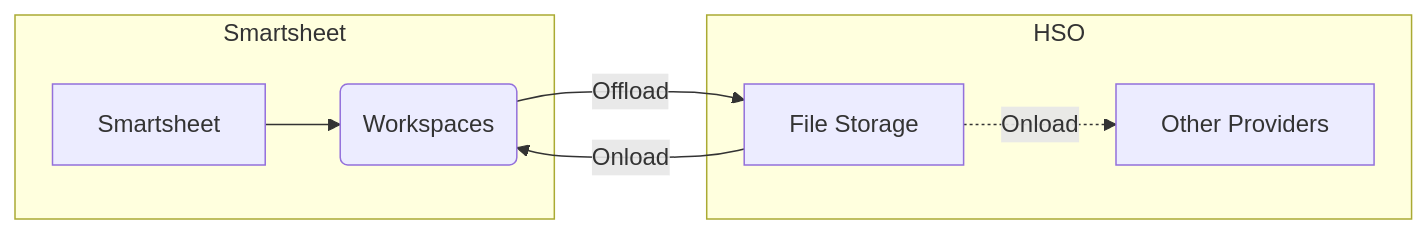
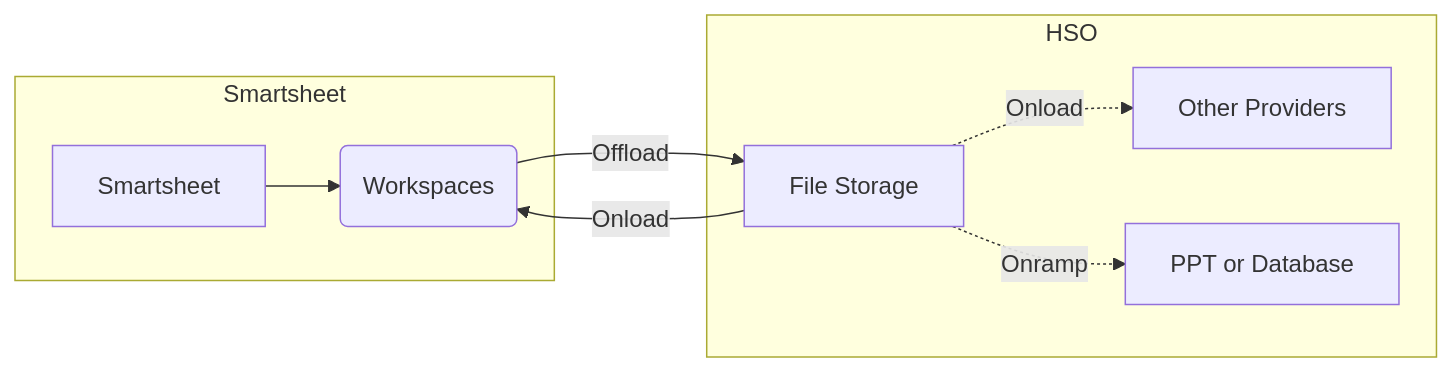
Before and after one commit to deonpollard/HSO: the first of 2 diagrams in README.md, drawn with Mermaid.

````diff
--- a/README.md
+++ b/README.md
@@ -6,11 +6,12 @@
 ```mermaid
 flowchart LR
     subgraph Smartsheet
     A[Smartsheet] --> B(Workspaces)
     end
     B --> |Offload| D[File Storage]
     D --> |Onload| B
     subgraph HSO
     D -.-> |Onload| E[Other Providers]
+    D -.-> |Onramp| F[PPT or Database]
     end
 ```
````
